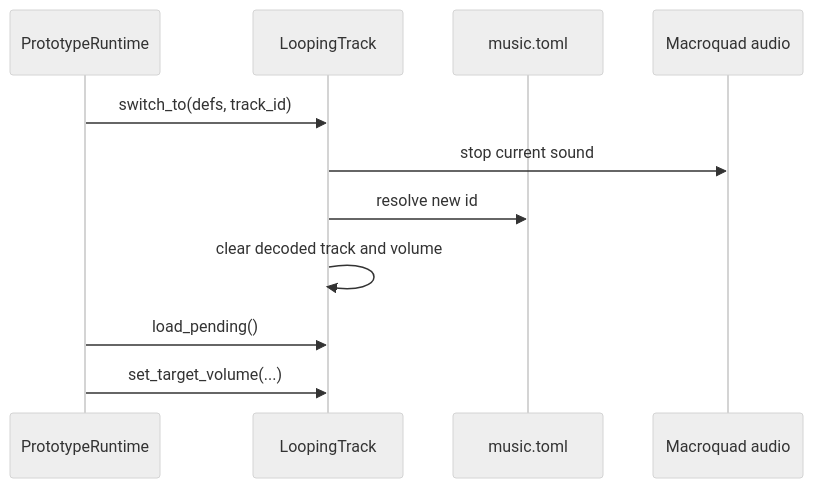
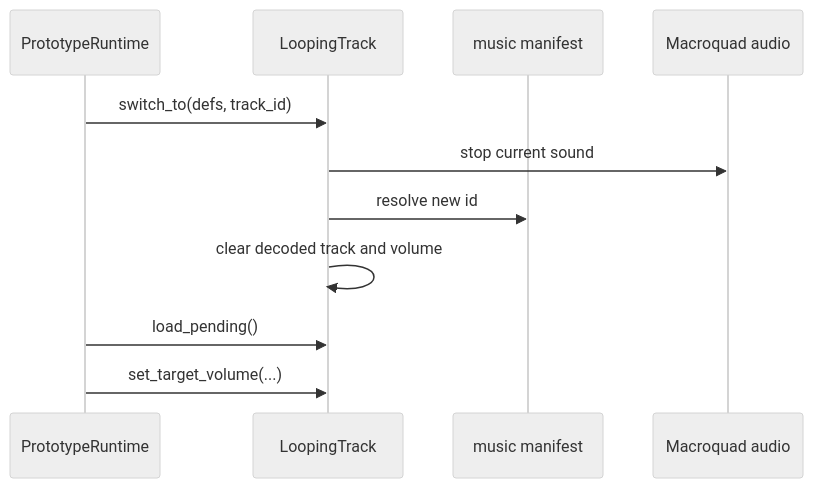
Before and after one commit to soulwax/EchoWiki: the third of 5 diagrams in src/content/docs/pages/audio-and-transitions.md, drawn with Mermaid (neutral theme). The commit also changed 28 other files, not shown here.

Commit message:
docs: deepen architecture wiki and automate audits

````diff
--- a/src/content/docs/pages/audio-and-transitions.md
+++ b/src/content/docs/pages/audio-and-transitions.md
@@ -70,14 +70,14 @@
 ```mermaid
 sequenceDiagram
     participant RT as PrototypeRuntime
     participant Track as LoopingTrack
-    participant Manifest as music.toml
+    participant Manifest as music manifest
     participant Audio as Macroquad audio
 
     RT->>Track: switch_to(defs, track_id)
     Track->>Audio: stop current sound
     Track->>Manifest: resolve new id
     Track->>Track: clear decoded track and volume
     RT->>Track: load_pending()
     RT->>Track: set_target_volume(...)
 ```
````
